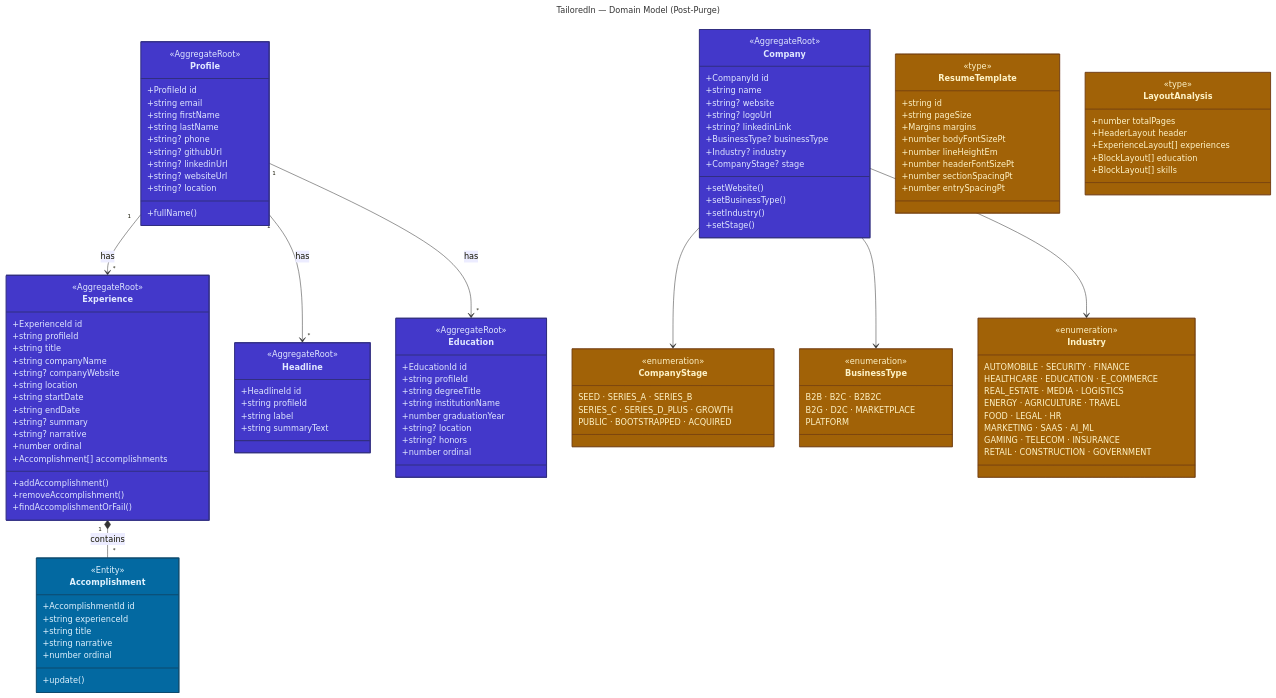
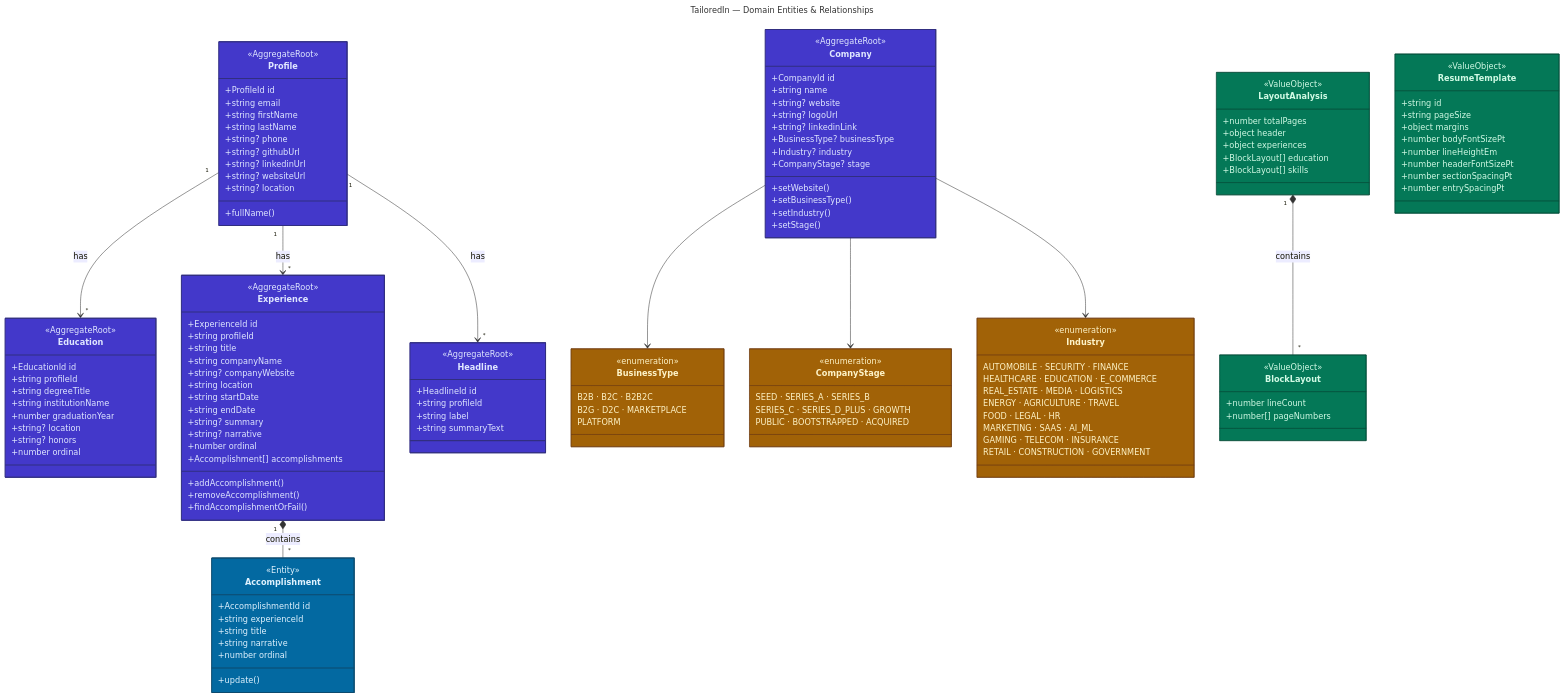
One commit to bluebird-labs/TailoredIn changed the diagram in domain/DOMAIN.mmd. Above: the diagram before and after it, drawn with Mermaid. The commit also changed 2 other files, not shown here.

Commit message:
refactor: make domain:diagram fully code-driven, remove all hardcoded names
Replace EXCLUDED set, SUBDOMAIN_GROUPS, and inline special cases with
barrel-driven inclusion (parses domain/src/index.ts) and FK-based
subdomain inference. New entities now auto-appear in the correct
subdomain section when exported from the barrel.

```diff
--- a/domain/DOMAIN.mmd
+++ b/domain/DOMAIN.mmd
@@ -1,173 +1,178 @@
 ---
-title: TailoredIn — Domain Model (Post-Purge)
+title: TailoredIn — Domain Entities & Relationships
 ---
 
 classDiagram
     direction TB
 
     %% ──────────────────────────────────────────────
     %%  Profile Subdomain
     %% ──────────────────────────────────────────────
 
     class Profile {
         <<AggregateRoot>>
         +ProfileId id
         +string email
         +string firstName
         +string lastName
         +string? phone
         +string? githubUrl
         +string? linkedinUrl
         +string? websiteUrl
         +string? location
         +fullName()
     }
 
+    class Accomplishment {
+        <<Entity>>
+        +AccomplishmentId id
+        +string experienceId
+        +string title
+        +string narrative
+        +number ordinal
+        +update()
+    }
+
+    class Education {
+        <<AggregateRoot>>
+        +EducationId id
+        +string profileId
+        +string degreeTitle
+        +string institutionName
+        +number graduationYear
+        +string? location
+        +string? honors
+        +number ordinal
+    }
+
     class Experience {
         <<AggregateRoot>>
         +ExperienceId id
         +string profileId
         +string title
         +string companyName
         +string? companyWebsite
         +string location
         +string startDate
         +string endDate
         +string? summary
         +string? narrative
         +number ordinal
         +Accomplishment[] accomplishments
         +addAccomplishment()
         +removeAccomplishment()
         +findAccomplishmentOrFail()
     }
 
-    class Accomplishment {
-        <<Entity>>
-        +AccomplishmentId id
-        +string experienceId
-        +string title
-        +string narrative
-        +number ordinal
-        +update()
-    }
-
     class Headline {
         <<AggregateRoot>>
         +HeadlineId id
         +string profileId
         +string label
         +string summaryText
     }
 
-    class Education {
-        <<AggregateRoot>>
-        +EducationId id
-        +string profileId
-        +string degreeTitle
-        +string institutionName
-        +number graduationYear
-        +string? location
-        +string? honors
-        +number ordinal
-    }
-
     Profile "1" --> "*" Headline : has
+    Profile "1" --> "*" Education : has
     Profile "1" --> "*" Experience : has
-    Profile "1" --> "*" Education : has
     Experience "1" *-- "*" Accomplishment : contains
 
     %% ──────────────────────────────────────────────
     %%  Company Subdomain
     %% ──────────────────────────────────────────────
 
     class Company {
         <<AggregateRoot>>
         +CompanyId id
         +string name
         +string? website
         +string? logoUrl
         +string? linkedinLink
         +BusinessType? businessType
         +Industry? industry
         +CompanyStage? stage
         +setWebsite()
         +setBusinessType()
         +setIndustry()
         +setStage()
     }
 
-    %% ──────────────────────────────────────────────
-    %%  Resume Subdomain (types only — kept for future rebuild)
-    %% ──────────────────────────��───────────────────
-
-    class ResumeTemplate {
-        <<type>>
-        +string id
-        +string pageSize
-        +Margins margins
-        +number bodyFontSizePt
-        +number lineHeightEm
-        +number headerFontSizePt
-        +number sectionSpacingPt
-        +number entrySpacingPt
+    class BusinessType {
+        <<enumeration>>
+        B2B · B2C · B2B2C
+        B2G · D2C · MARKETPLACE
+        PLATFORM
     }
-
-    class LayoutAnalysis {
-        <<type>>
-        +number totalPages
-        +HeaderLayout header
-        +ExperienceLayout[] experiences
-        +BlockLayout[] education
-        +BlockLayout[] skills
-    }
-
-    %% ──────────────────────────────────────────────
-    %%  Enums & Types
-    %% ──────────────────────────────────────────────
 
     class CompanyStage {
         <<enumeration>>
         SEED · SERIES_A · SERIES_B
         SERIES_C · SERIES_D_PLUS · GROWTH
         PUBLIC · BOOTSTRAPPED · ACQUIRED
-    }
-
-    class BusinessType {
-        <<enumeration>>
-        B2B · B2C · B2B2C
-        B2G · D2C · MARKETPLACE
-        PLATFORM
     }
 
     class Industry {
         <<enumeration>>
         AUTOMOBILE · SECURITY · FINANCE
         HEALTHCARE · EDUCATION · E_COMMERCE
         REAL_ESTATE · MEDIA · LOGISTICS
         ENERGY · AGRICULTURE · TRAVEL
         FOOD · LEGAL · HR
         MARKETING · SAAS · AI_ML
         GAMING · TELECOM · INSURANCE
         RETAIL · CONSTRUCTION · GOVERNMENT
     }
 
     Company --> BusinessType
     Company --> Industry
     Company --> CompanyStage
 
     %% ──────────────────────────────────────────────
+    %%  Enums & Types
+    %% ──────────────────────────────────────────────
+
+    class BlockLayout {
+        <<ValueObject>>
+        +number lineCount
+        +number[] pageNumbers
+    }
+
+    class LayoutAnalysis {
+        <<ValueObject>>
+        +number totalPages
+        +object header
+        +object experiences
+        +BlockLayout[] education
+        +BlockLayout[] skills
+    }
+
+    class ResumeTemplate {
+        <<ValueObject>>
+        +string id
+        +string pageSize
+        +object margins
+        +number bodyFontSizePt
+        +number lineHeightEm
+        +number headerFontSizePt
+        +number sectionSpacingPt
+        +number entrySpacingPt
+    }
+
+    LayoutAnalysis "1" *-- "*" BlockLayout : contains
+
+    %% ──────────────────────────────────────────────
     %%  Apply Styles
     %% ──────────────────────────────────────────────
 
     style Profile fill:#4338ca,stroke:#312e81,color:#e0e7ff,stroke-width:2px
+    style Accomplishment fill:#0369a1,stroke:#0c4a6e,color:#e0f2fe,stroke-width:2px
+    style Education fill:#4338ca,stroke:#312e81,color:#e0e7ff,stroke-width:2px
     style Experience fill:#4338ca,stroke:#312e81,color:#e0e7ff,stroke-width:2px
-    style Accomplishment fill:#0369a1,stroke:#0c4a6e,color:#e0f2fe,stroke-width:2px
     style Headline fill:#4338ca,stroke:#312e81,color:#e0e7ff,stroke-width:2px
-    style Education fill:#4338ca,stroke:#312e81,color:#e0e7ff,stroke-width:2px
     style Company fill:#4338ca,stroke:#312e81,color:#e0e7ff,stroke-width:2px
-    style ResumeTemplate fill:#a16207,stroke:#713f12,color:#fef3c7,stroke-width:1px
-    style LayoutAnalysis fill:#a16207,stroke:#713f12,color:#fef3c7,stroke-width:1px
+    style BusinessType fill:#a16207,stroke:#713f12,color:#fef3c7,stroke-width:1px
     style CompanyStage fill:#a16207,stroke:#713f12,color:#fef3c7,stroke-width:1px
-    style BusinessType fill:#a16207,stroke:#713f12,color:#fef3c7,stroke-width:1px
     style Industry fill:#a16207,stroke:#713f12,color:#fef3c7,stroke-width:1px
+    style BlockLayout fill:#047857,stroke:#064e3b,color:#d1fae5,stroke-width:1px
+    style LayoutAnalysis fill:#047857,stroke:#064e3b,color:#d1fae5,stroke-width:1px
+    style ResumeTemplate fill:#047857,stroke:#064e3b,color:#d1fae5,stroke-width:1px
```
